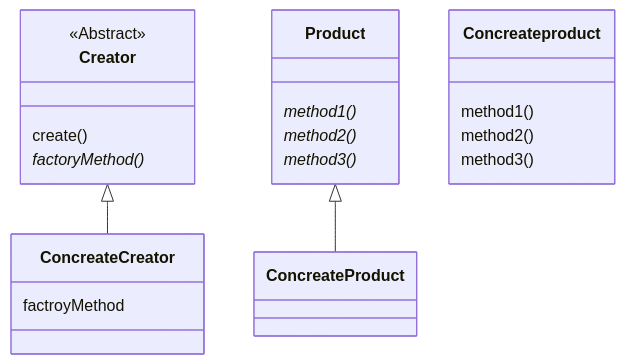
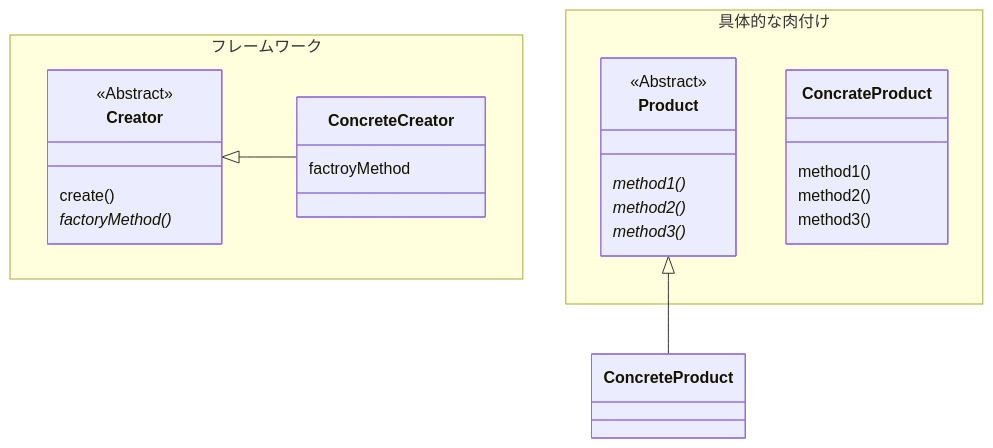
One commit to nonsugar-go/study changed the diagram in programming/ood/design-patterns/factory-method.md. Above: the diagram before and after it, drawn with Mermaid.

````diff
--- a/programming/ood/design-patterns/factory-method.md
+++ b/programming/ood/design-patterns/factory-method.md
@@ -2,23 +2,28 @@
 ```mermaid
 classDiagram
-    Creator <|-- ConcreateCreator
-    Product <|-- ConcreateProduct
-    class Creator{
-        <<Abstract>>
-        create() 
-        factoryMethod()*
+    Creator <|-- ConcreteCreator
+    Product <|-- ConcreteProduct
+    namespace フレームワーク {
+        class Creator{
+            <<Abstract>>
+            create() 
+            factoryMethod()*
+        }
+        class ConcreteCreator{
+            factroyMethod
+        }
     }
-    class ConcreateCreator{
-        factroyMethod
-    }
-    class Product{
-        method1()*
-        method2()*
-        method3()*
-    }
-    class Concreateproduct{
-        method1()
-        method2()
-        method3()
+    namespace 具体的な肉付け {
+        class Product{
+            <<Abstract>>
+            method1()*
+            method2()*
+            method3()*
+        }
+        class ConcrateProduct{
+            method1()
+            method2()
+            method3()
+        }
     }
 ```
````
